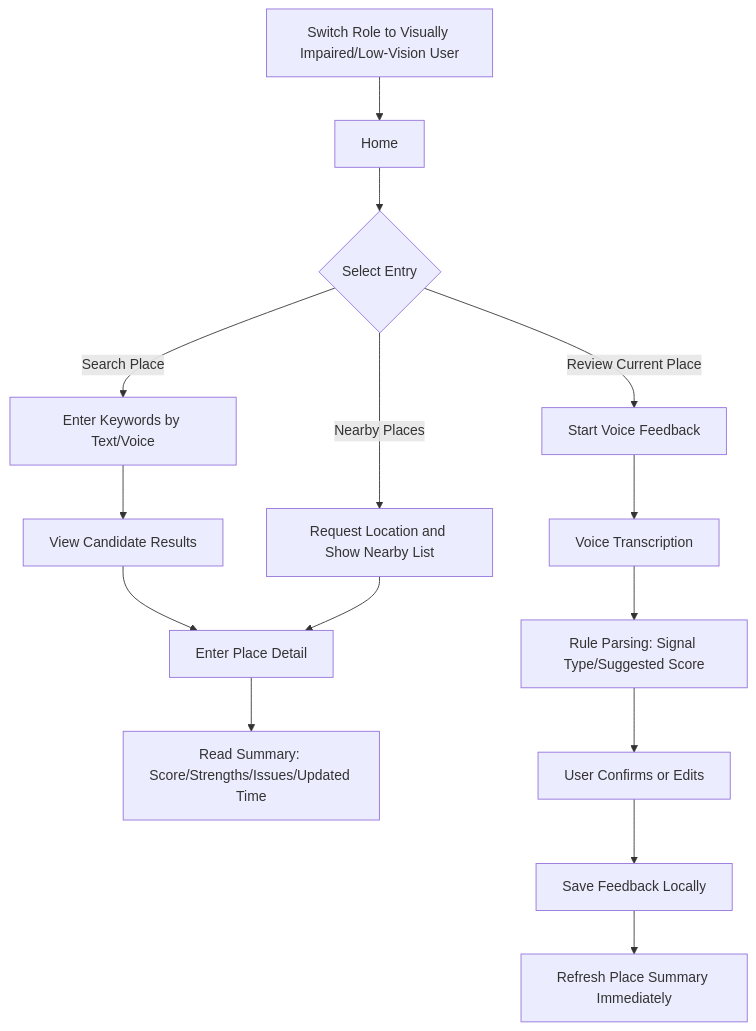
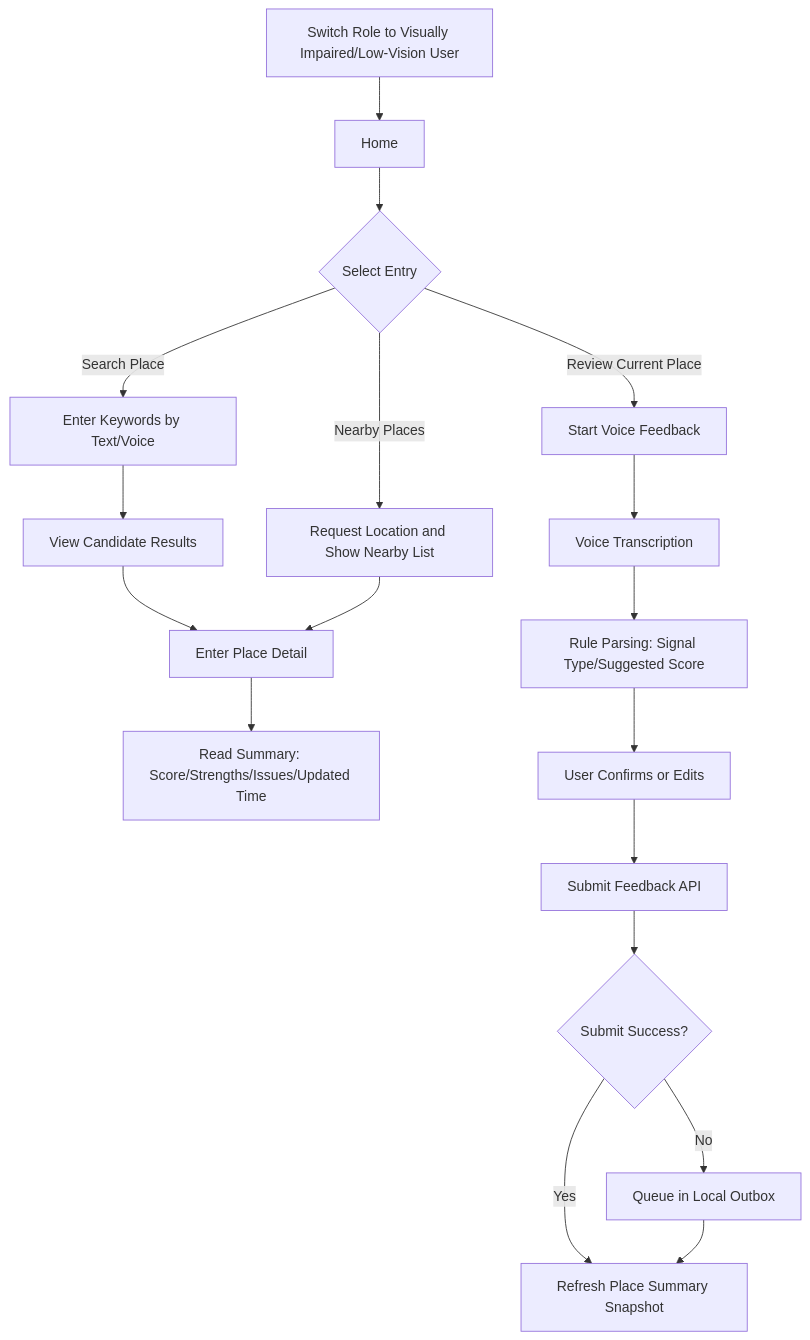
One commit to angelyng09/Luma changed the second of 4 diagrams in Luma_Role Features & Workflow Diagram.md. Above: the diagram before and after it, drawn with Mermaid. The commit also changed other lines of this file and 3 other files, not shown here.

````diff
--- a/Luma_Role Features & Workflow Diagram.md
+++ b/Luma_Role Features & Workflow Diagram.md
@@ -55,19 +58,22 @@
 ```mermaid
 flowchart TD
     A[Switch Role to Visually Impaired/Low-Vision User] --> B[Home]
     B --> C{Select Entry}
     C -- Search Place --> D[Enter Keywords by Text/Voice]
     C -- Nearby Places --> E[Request Location and Show Nearby List]
     C -- Review Current Place --> F[Start Voice Feedback]
 
     D --> G[View Candidate Results]
     G --> H[Enter Place Detail]
     E --> H
     H --> I[Read Summary: Score/Strengths/Issues/Updated Time]
 
     F --> J[Voice Transcription]
     J --> K[Rule Parsing: Signal Type/Suggested Score]
     K --> L[User Confirms or Edits]
-    L --> M[Save Feedback Locally]
-    M --> N[Refresh Place Summary Immediately]
+    L --> M[Submit Feedback API]
+    M --> N{Submit Success?}
+    N -- Yes --> O[Refresh Place Summary Snapshot]
+    N -- No --> P[Queue in Local Outbox]
+    P --> O
 ```
````
